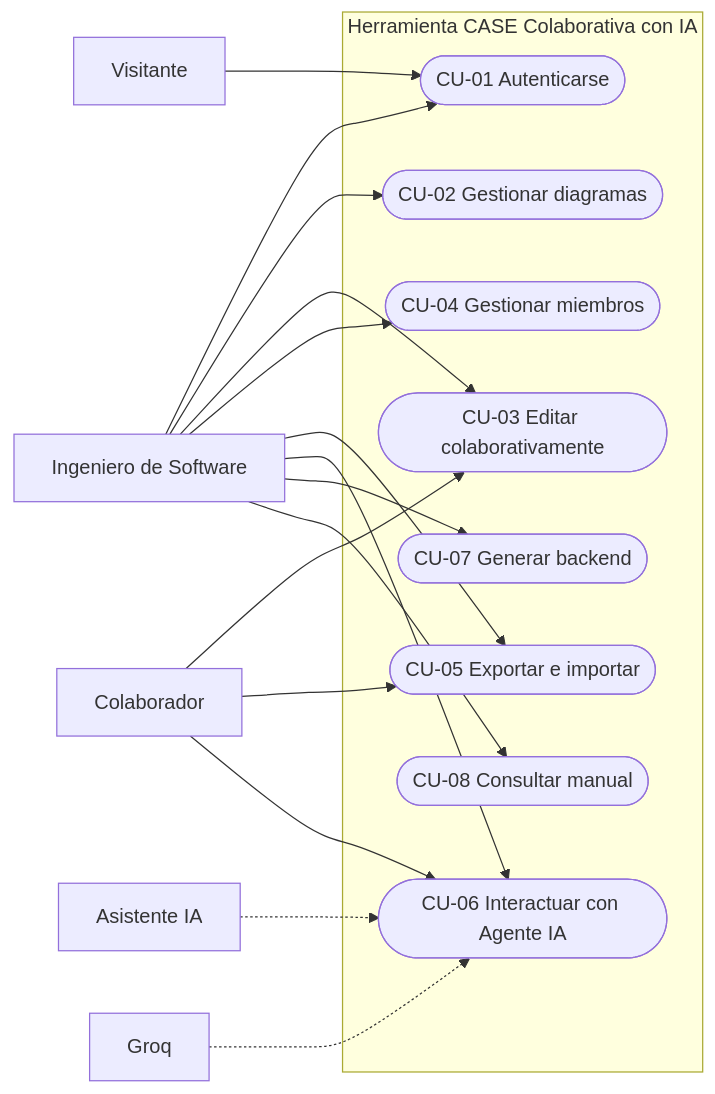
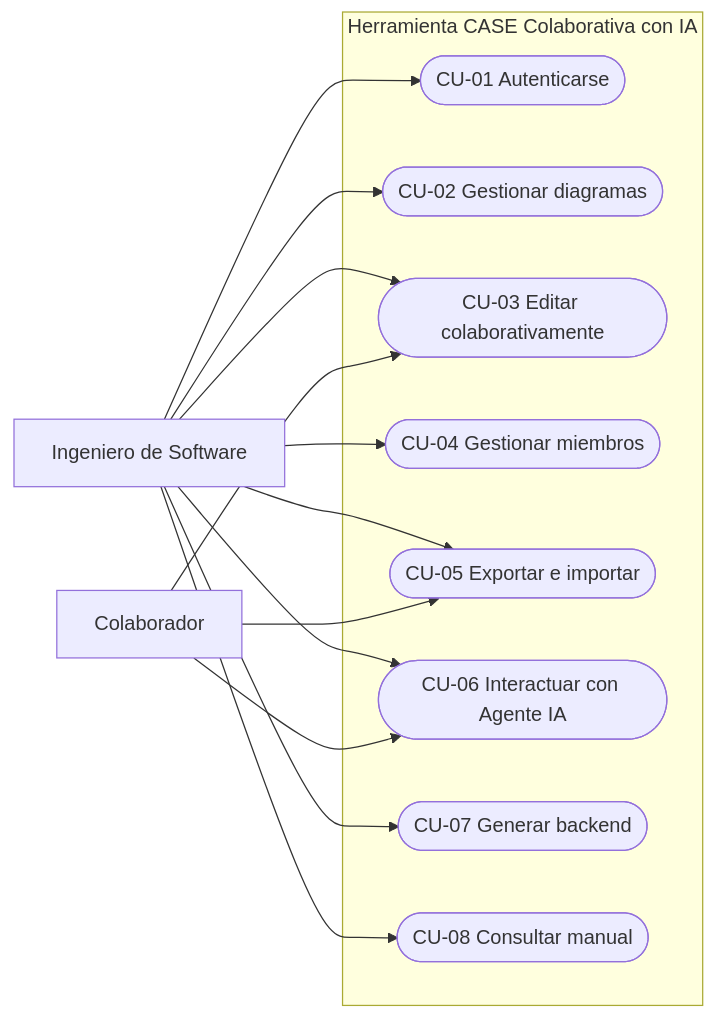
One commit to juandani11/case-tool-colaborativo changed the second of 12 diagrams in Documentacion_Segundo_Parcial/01_Requisitos_y_Proceso.md. Above: the diagram before and after it, drawn with Mermaid. The commit also changed other lines of this file and 20 other files, not shown here.

````diff
--- a/Documentacion_Segundo_Parcial/01_Requisitos_y_Proceso.md
+++ b/Documentacion_Segundo_Parcial/01_Requisitos_y_Proceso.md
@@ -160,34 +153,27 @@
 ```mermaid
 flowchart LR
-    V["Visitante"]
     I["Ingeniero de Software"]
     C["Colaborador"]
-    IA["Asistente IA"]
-    G["Groq"]
 
     subgraph SISTEMA["Herramienta CASE Colaborativa con IA"]
         CU01(["CU-01 Autenticarse"])
         CU02(["CU-02 Gestionar diagramas"])
         CU03(["CU-03 Editar colaborativamente"])
         CU04(["CU-04 Gestionar miembros"])
         CU05(["CU-05 Exportar e importar"])
         CU06(["CU-06 Interactuar con Agente IA"])
         CU07(["CU-07 Generar backend"])
         CU08(["CU-08 Consultar manual"])
     end
-
-    V --> CU01
     I --> CU01
     I --> CU02
     I --> CU03
     I --> CU04
     I --> CU05
     I --> CU06
     I --> CU07
     I --> CU08
     C --> CU03
     C --> CU05
     C --> CU06
-    IA -.-> CU06
-    G -.-> CU06
 ```
````
